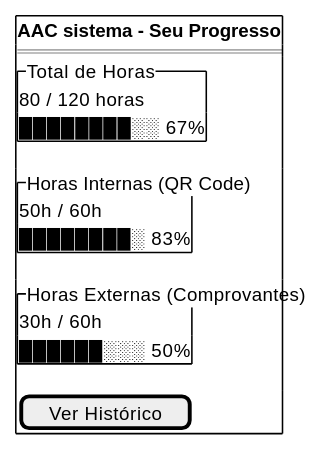
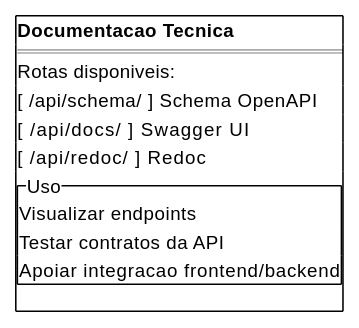
Before and after one commit to Projetos-de-Extensao/PECD1_26.1_8001_II: diagram 12 of 13 in docs/_Design Thinking/prototipo_baixa_fidelidade.md, drawn with PlantUML. The commit also changed other lines of this file, not shown here.

````diff
--- a/docs/_Design Thinking/prototipo_baixa_fidelidade.md
+++ b/docs/_Design Thinking/prototipo_baixa_fidelidade.md
@@ -167,21 +368,19 @@
 ```plantuml
 @startsalt
 {+
-<b>AAC sistema - Seu Progresso
+<b>Documentacao Tecnica
 ==
-{^"Total de Horas"
-80 / 120 horas
-████████░░ 67%
+Rotas disponiveis:
+
+[ /api/schema/ ]  Schema OpenAPI
+[ /api/docs/   ]  Swagger UI
+[ /api/redoc/  ]  Redoc
+
+{^"Uso"
+Visualizar endpoints
+Testar contratos da API
+Apoiar integracao frontend/backend
 }
-{^"Horas Internas (QR Code)"
-50h / 60h
-████████░ 83%
-}
-{^"Horas Externas (Comprovantes)"
-30h / 60h
-██████░░░ 50%
-}
-[Ver Histórico]
 }
 @endsalt
 ```
````
